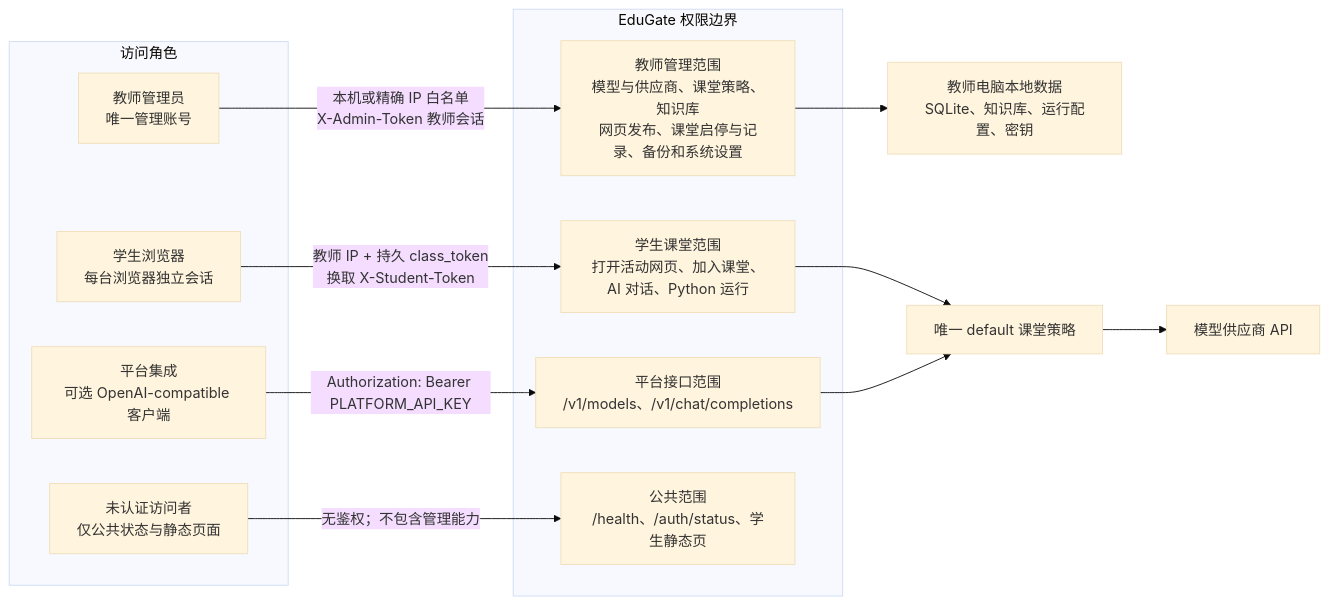
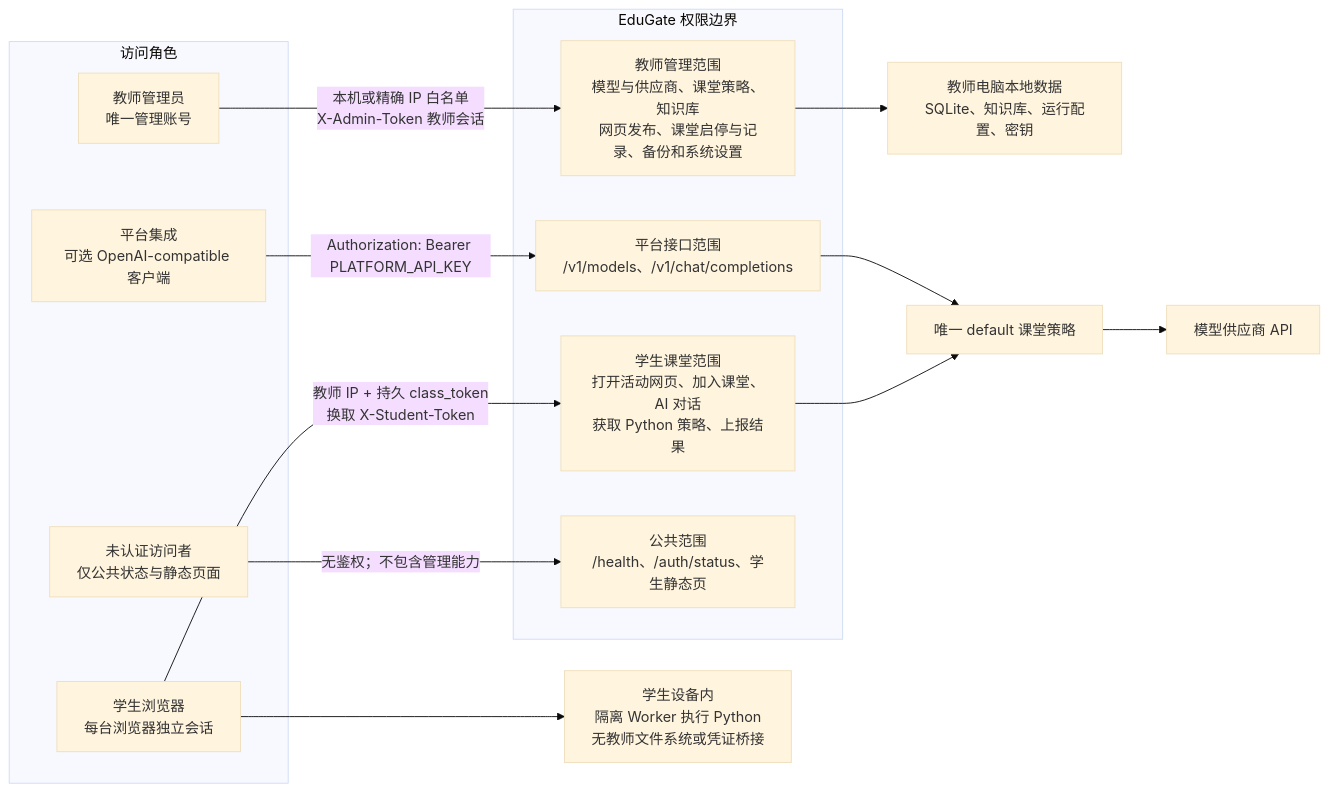
The diagram in README.md (bd4rex/EduGate-standalone), drawn with Mermaid (base theme) before and after one commit. The commit also changed other lines of this file and 60 other files, not shown here.

````diff
--- a/README.md
+++ b/README.md
@@ -78,26 +82,27 @@
 ```mermaid
 flowchart LR
     subgraph roles["访问角色"]
         teacher["教师管理员<br/>唯一管理账号"]
         student["学生浏览器<br/>每台浏览器独立会话"]
         platform["平台集成<br/>可选 OpenAI-compatible 客户端"]
         anonymous["未认证访问者<br/>仅公共状态与静态页面"]
     end
 
     subgraph gateway["EduGate 权限边界"]
         admin_api["教师管理范围<br/>模型与供应商、课堂策略、知识库<br/>网页发布、课堂启停与记录、备份和系统设置"]
-        classroom_api["学生课堂范围<br/>打开活动网页、加入课堂、AI 对话、Python 运行"]
+        classroom_api["学生课堂范围<br/>打开活动网页、加入课堂、AI 对话<br/>获取 Python 策略、上报结果"]
         platform_api["平台接口范围<br/>/v1/models、/v1/chat/completions"]
         public_surface["公共范围<br/>/health、/auth/status、学生静态页"]
     end
 
     teacher -->|"本机或精确 IP 白名单<br/>X-Admin-Token 教师会话"| admin_api
     student -->|"教师 IP + 持久 class_token<br/>换取 X-Student-Token"| classroom_api
+    student --> browser_python["学生设备内<br/>隔离 Worker 执行 Python<br/>无教师文件系统或凭证桥接"]
     platform -->|"Authorization: Bearer PLATFORM_API_KEY"| platform_api
     anonymous -->|"无鉴权；不包含管理能力"| public_surface
 
     admin_api --> local_data["教师电脑本地数据<br/>SQLite、知识库、运行配置、密钥"]
     classroom_api --> default_policy["唯一 default 课堂策略"]
     platform_api --> default_policy
     default_policy --> upstream["模型供应商 API"]
 ```
````
